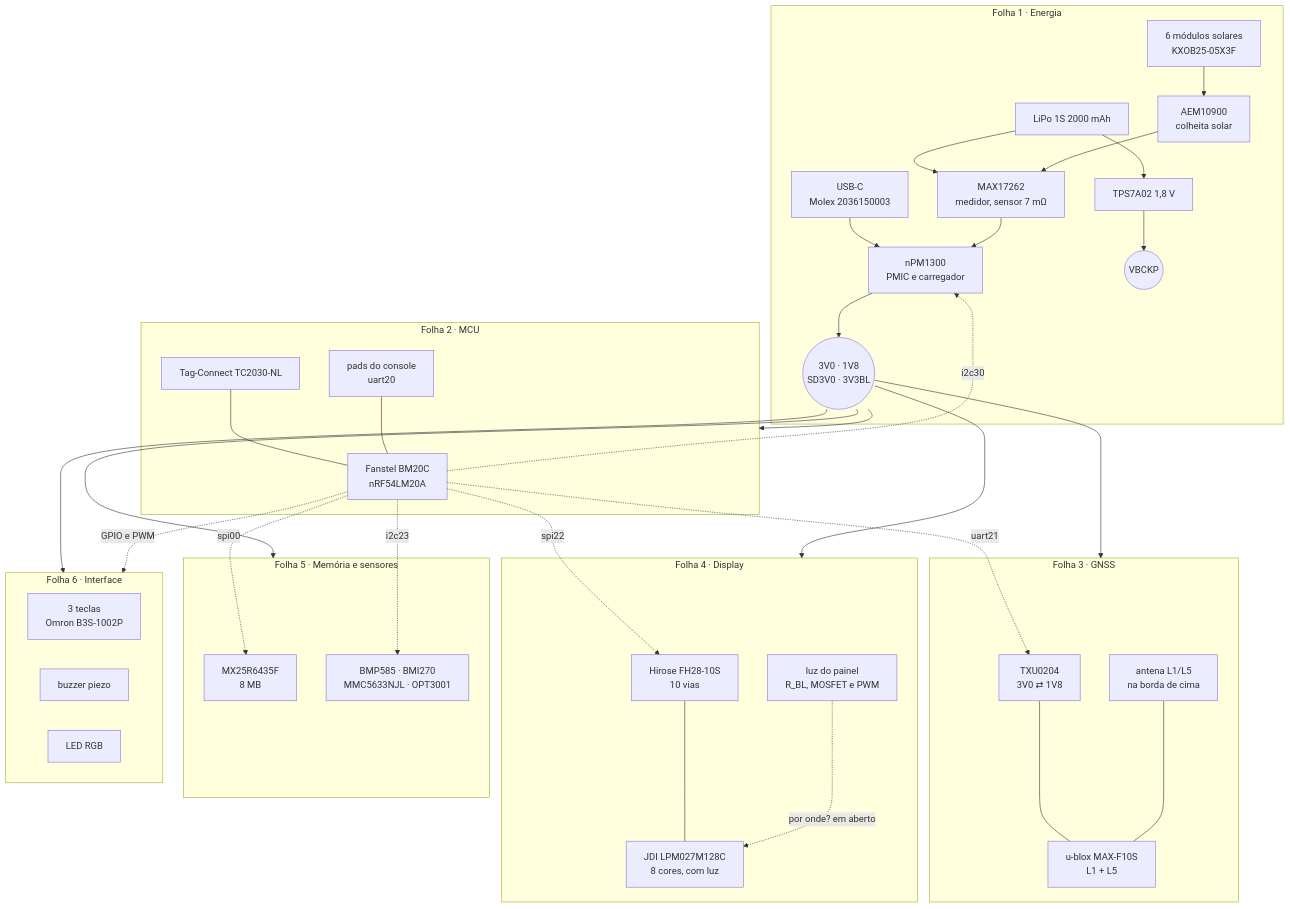
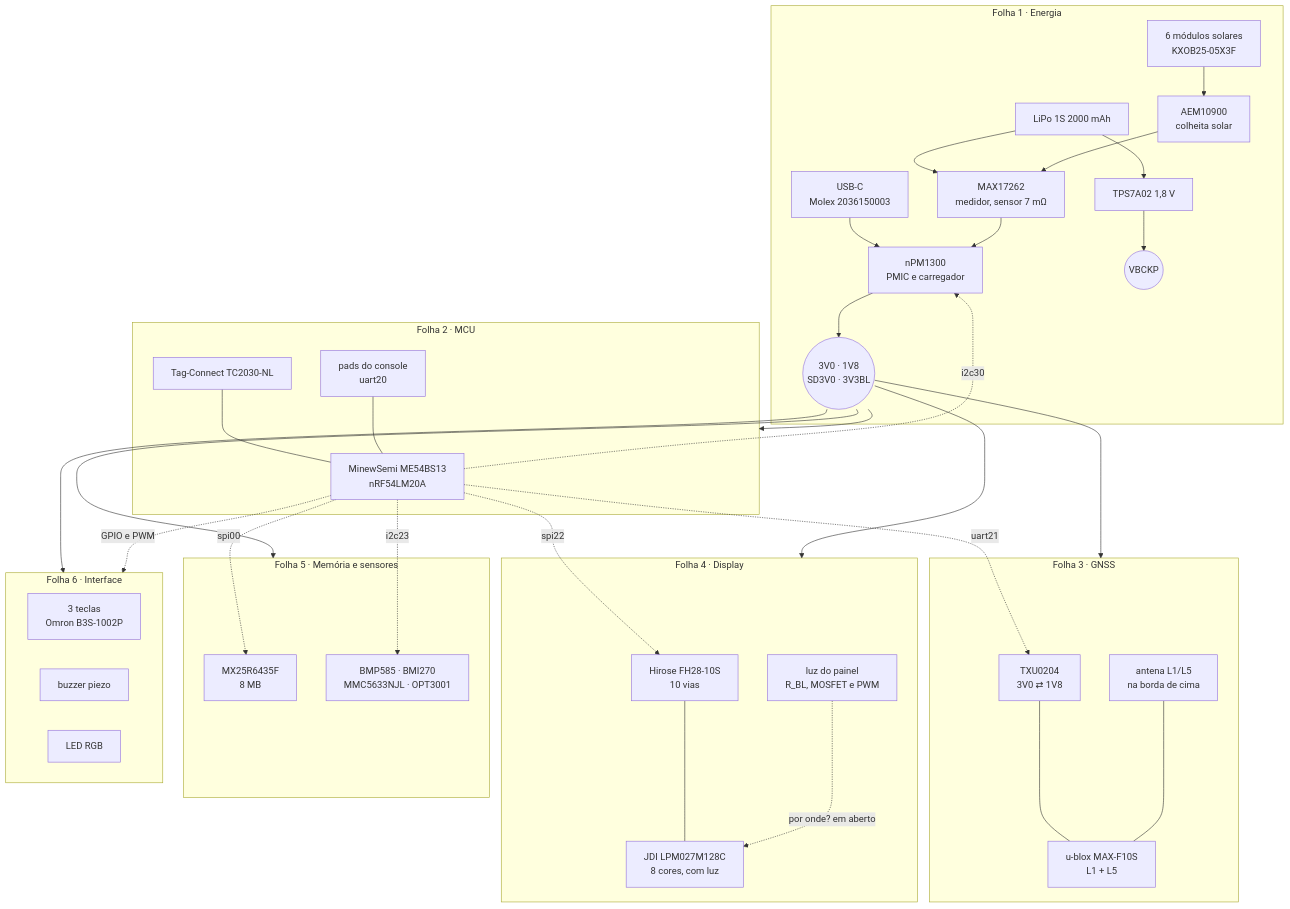
The diagram in hardware_gnssbike/README.md (Guiimartinho/gnss-bike-computer), drawn with Mermaid before and after one commit. The commit also changed other lines of this file and 11 other files, not shown here.

````diff
--- a/hardware_gnssbike/README.md
+++ b/hardware_gnssbike/README.md
@@ -44,51 +45,51 @@
 ```mermaid
 flowchart TB
     subgraph F1["Folha 1 · Energia"]
         USBC["USB-C<br/>Molex 2036150003"] --> NPM["nPM1300<br/>PMIC e carregador"]
         CELL["LiPo 1S 2000 mAh"] --> GAUGE["MAX17262<br/>medidor, sensor 7 mΩ"]
         GAUGE --> NPM
         PV["6 módulos solares<br/>KXOB25-05X3F"] --> AEM["AEM10900<br/>colheita solar"]
         AEM --> GAUGE
         NPM --> RAILS(("3V0 · 1V8<br/>SD3V0 · 3V3BL"))
         CELL --> TPS["TPS7A02 1,8 V"] --> VBCKP(("VBCKP"))
     end
 
     subgraph F2["Folha 2 · MCU"]
-        BM20C["Fanstel BM20C<br/>nRF54LM20A"]
-        SWD["Tag-Connect TC2030-NL"] --- BM20C
-        PADS["pads do console<br/>uart20"] --- BM20C
+        MOD["MinewSemi ME54BS13<br/>nRF54LM20A"]
+        SWD["Tag-Connect TC2030-NL"] --- MOD
+        PADS["pads do console<br/>uart20"] --- MOD
     end
 
     subgraph F3["Folha 3 · GNSS"]
         TXU["TXU0204<br/>3V0 ⇄ 1V8"] --- MAXF["u-blox MAX-F10S<br/>L1 + L5"]
         ANT1["antena L1/L5<br/>na borda de cima"] --- MAXF
     end
 
     subgraph F4["Folha 4 · Display"]
         FPC["Hirose FH28-10S<br/>10 vias"] --- PANEL["JDI LPM027M128C<br/>8 cores, com luz"]
         BL["luz do painel<br/>R_BL, MOSFET e PWM"] -.->|"por onde? em aberto"| PANEL
     end
 
     subgraph F5["Folha 5 · Memória e sensores"]
         NOR["MX25R6435F<br/>8 MB"]
         SENS["BMP585 · BMI270<br/>MMC5633NJL · OPT3001"]
     end
 
     subgraph F6["Folha 6 · Interface"]
         KEYS["3 teclas<br/>Omron B3S-1002P"]
         BUZ["buzzer piezo"]
         RGB["LED RGB"]
     end
 
     RAILS --> F2
     RAILS --> F3
     RAILS --> F4
     RAILS --> F5
     RAILS --> F6
-    BM20C -.->|"spi00"| NOR
-    BM20C -.->|"i2c23"| SENS
-    BM20C -.->|"uart21"| TXU
-    BM20C -.->|"spi22"| FPC
-    BM20C -.->|"i2c30"| NPM
-    BM20C -.->|"GPIO e PWM"| F6
+    MOD -.->|"spi00"| NOR
+    MOD -.->|"i2c23"| SENS
+    MOD -.->|"uart21"| TXU
+    MOD -.->|"spi22"| FPC
+    MOD -.->|"i2c30"| NPM
+    MOD -.->|"GPIO e PWM"| F6
 ```
````
